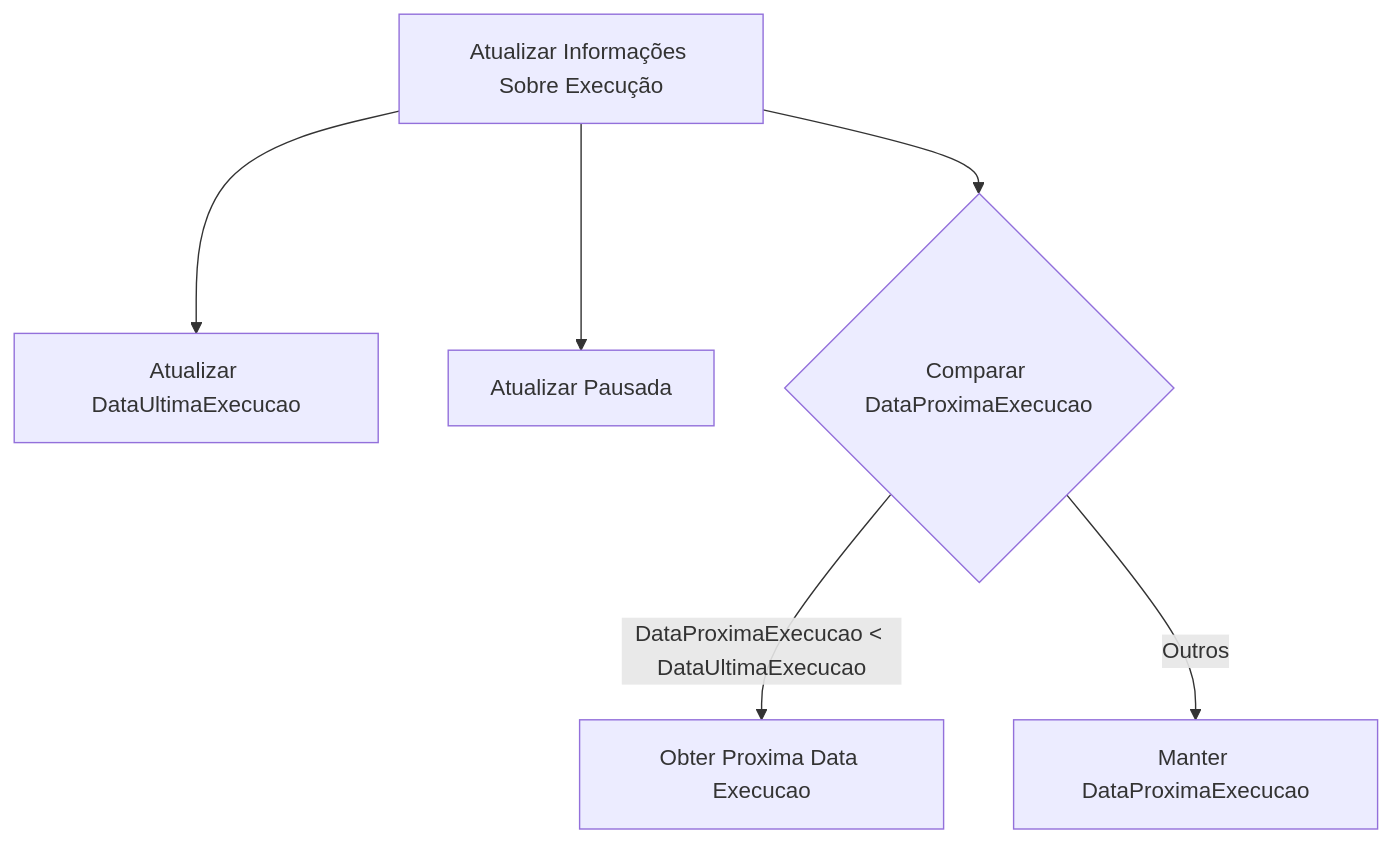
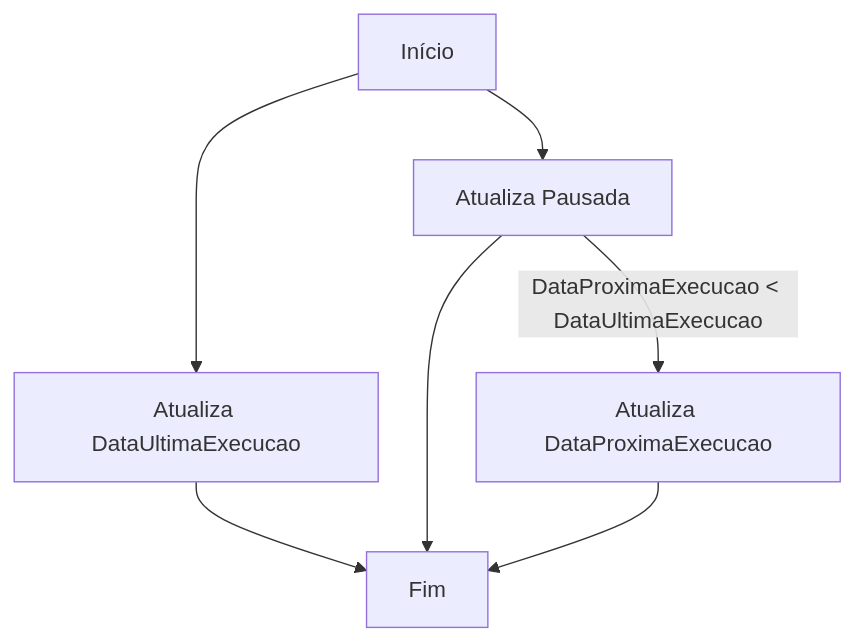
One commit to IsthmusSistemas/documentacao-tecnica changed the first of 2 diagrams in docs/b2b-dominio/IsthmusWinthor.Nucleo/IsthmusWinthor.Dominio/POCO/IndiceItemLogicApp.md. Above: the diagram before and after it, drawn with Mermaid. The commit also changed other lines of this file and 882 other files, not shown here.

````diff
--- a/docs/b2b-dominio/IsthmusWinthor.Nucleo/IsthmusWinthor.Dominio/POCO/IndiceItemLogicApp.md
+++ b/docs/b2b-dominio/IsthmusWinthor.Nucleo/IsthmusWinthor.Dominio/POCO/IndiceItemLogicApp.md
@@ -18,8 +19,9 @@
 ```mermaid
 flowchart TD
-    A[Atualizar Informações Sobre Execução] --> B[Atualizar DataUltimaExecucao]
-    A --> C[Atualizar Pausada]
-    A --> D{Comparar DataProximaExecucao}
-    D -->|DataProximaExecucao < DataUltimaExecucao| E[Obter Proxima Data Execucao]
-    D -->|Outros| F[Manter DataProximaExecucao]
+    A[Início] --> B[Atualiza DataUltimaExecucao]
+    A --> C[Atualiza Pausada]
+    C --> |DataProximaExecucao < DataUltimaExecucao| D[Atualiza DataProximaExecucao]
+    B --> E[Fim]
+    C --> E
+    D --> E
 ```
````
